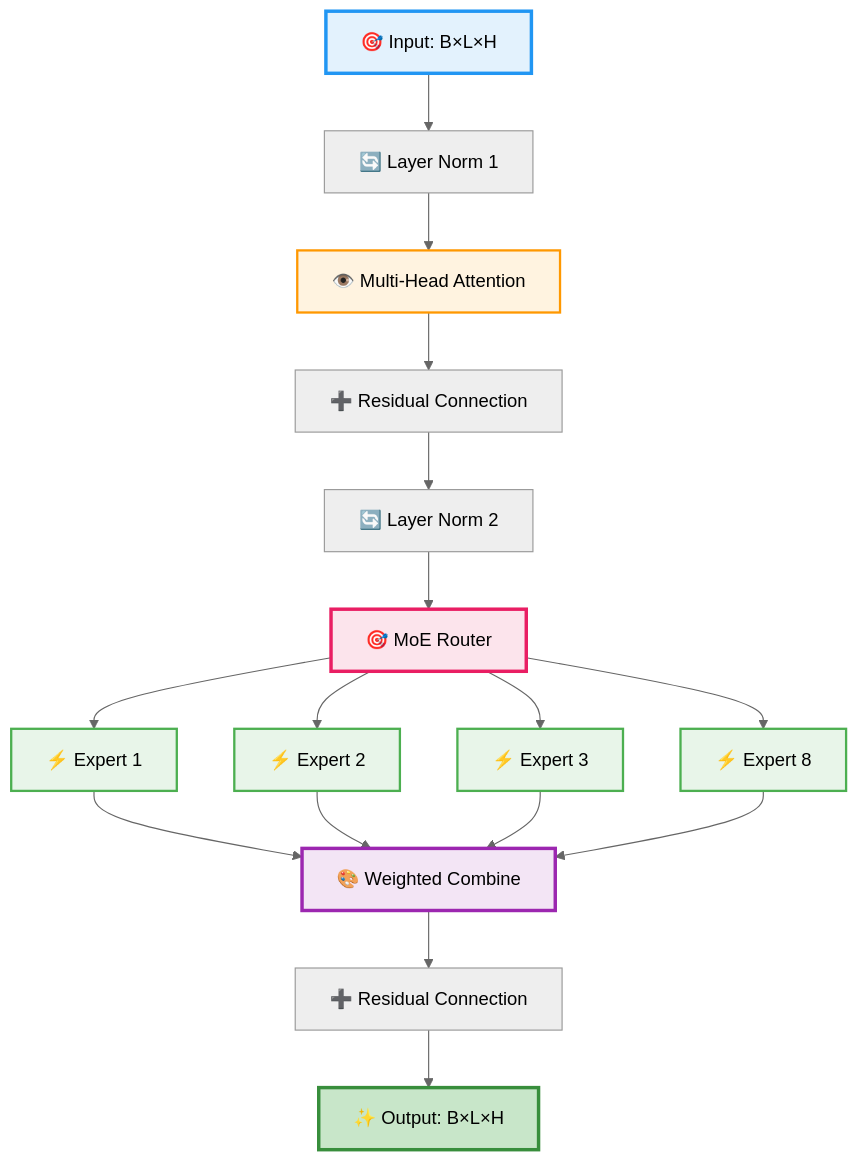
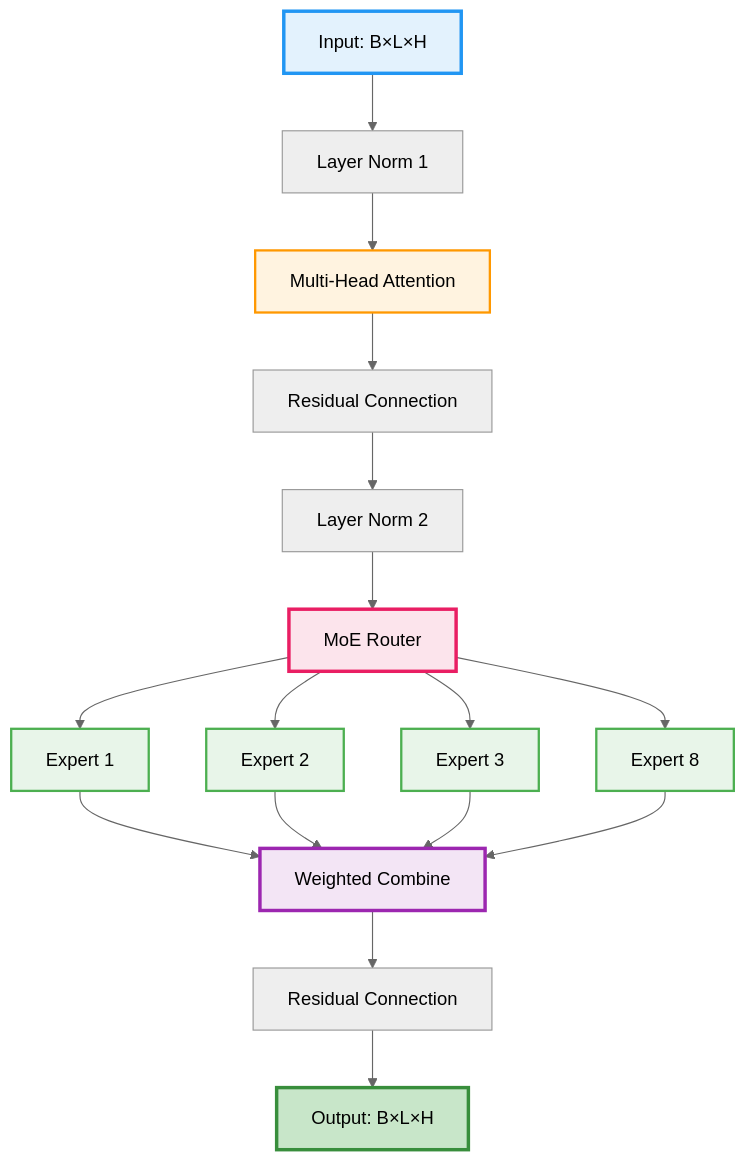
The third of 23 diagrams in code/docs/FLOWCHARTS_VISUAL.md (Pizzaman213/Ava_AI), drawn with Mermaid (neutral theme) before and after one commit. The commit also changed other lines of this file and 215 other files, not shown here.

````diff
--- a/code/docs/FLOWCHARTS_VISUAL.md
+++ b/code/docs/FLOWCHARTS_VISUAL.md
@@ -79,31 +79,31 @@
 ```mermaid
 graph TD
-    A[🎯 Input: B×L×H] --> B[🔄 Layer Norm 1]
-    B --> C[👁️ Multi-Head Attention]
-    C --> D[➕ Residual Connection]
-    D --> E[🔄 Layer Norm 2]
-    E --> F[🎯 MoE Router]
+    A[ Input: B×L×H] --> B[ Layer Norm 1]
+    B --> C[ Multi-Head Attention]
+    C --> D[ Residual Connection]
+    D --> E[ Layer Norm 2]
+    E --> F[ MoE Router]
 
-    F --> G[⚡ Expert 1]
-    F --> H[⚡ Expert 2]
-    F --> I[⚡ Expert 3]
-    F --> J[⚡ Expert 8]
+    F --> G[ Expert 1]
+    F --> H[ Expert 2]
+    F --> I[ Expert 3]
+    F --> J[ Expert 8]
 
-    G --> K[🎨 Weighted Combine]
+    G --> K[ Weighted Combine]
     H --> K
     I --> K
     J --> K
 
-    K --> L[➕ Residual Connection]
-    L --> M[✨ Output: B×L×H]
+    K --> L[ Residual Connection]
+    L --> M[ Output: B×L×H]
 
     style A fill:#E3F2FD,stroke:#2196F3,stroke-width:3px
     style C fill:#FFF3E0,stroke:#FF9800,stroke-width:2px
     style F fill:#FCE4EC,stroke:#E91E63,stroke-width:3px
     style G fill:#E8F5E9,stroke:#4CAF50,stroke-width:2px
     style H fill:#E8F5E9,stroke:#4CAF50,stroke-width:2px
     style I fill:#E8F5E9,stroke:#4CAF50,stroke-width:2px
     style J fill:#E8F5E9,stroke:#4CAF50,stroke-width:2px
     style K fill:#F3E5F5,stroke:#9C27B0,stroke-width:3px
     style M fill:#C8E6C9,stroke:#388E3C,stroke-width:3px
 ```
````
